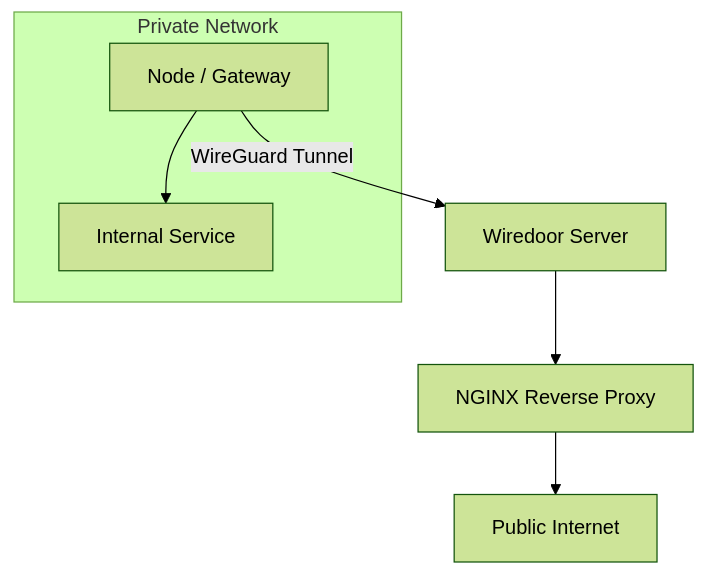
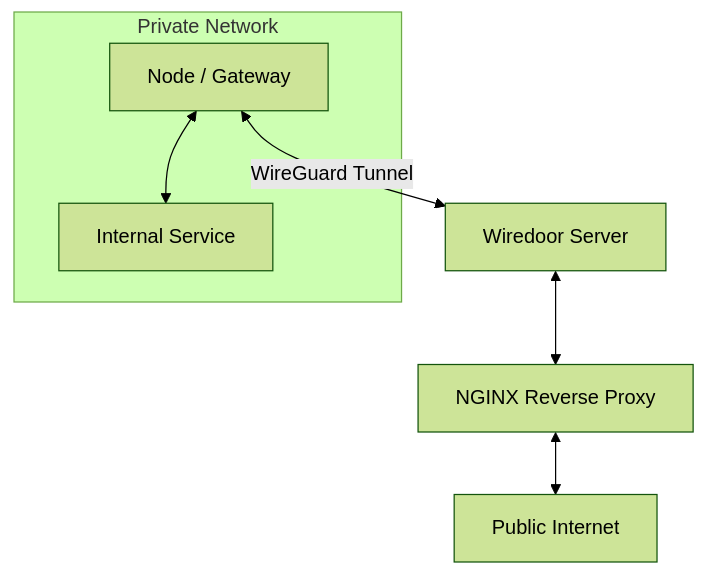
The diagram in docs/index.mdx (zerodarkzone/wiredoor), drawn with Mermaid (forest theme) before and after one commit. The commit also changed other lines of this file and 7 other files, not shown here.

````diff
--- a/docs/index.mdx
+++ b/docs/index.mdx
@@ -55,9 +59,9 @@
 ```mermaid
 graph TD
     subgraph Private Network
-      A[Node / Gateway] --> B[Internal Service]
+      A[Node / Gateway] <--> B[Internal Service]
     end
-    A -->|WireGuard Tunnel| W[Wiredoor Server]
-    W --> N[NGINX Reverse Proxy]
-    N --> I[Public Internet]
+    A <-->|WireGuard Tunnel| W[Wiredoor Server]
+    W <--> N[NGINX Reverse Proxy]
+    N <--> I[Public Internet]
 ```
````
